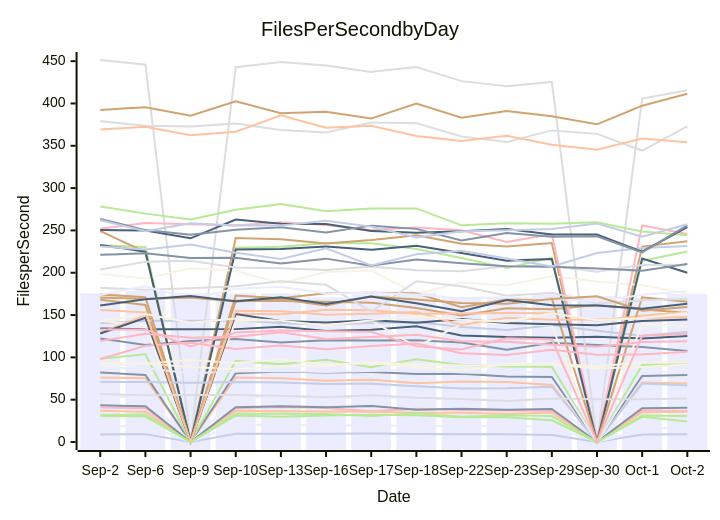
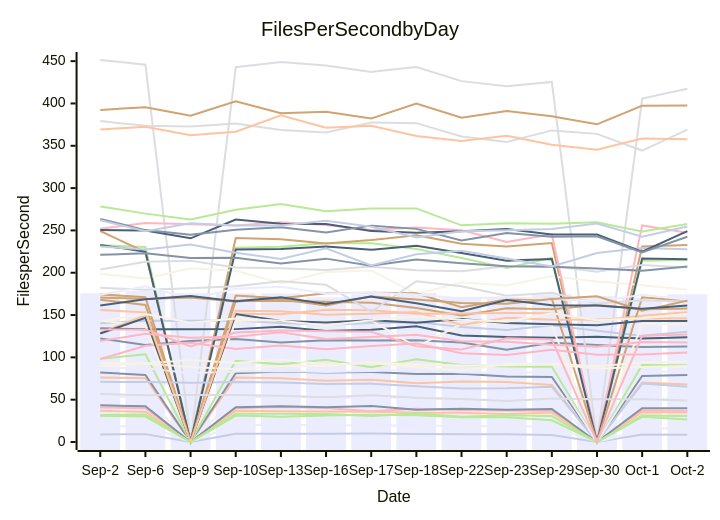
The diagram in perf-report.md (streetsidesoftware/cspell), drawn with Mermaid before and after one commit. The commit also changed other lines of this file and 1 other file, not shown here.

````diff
--- a/perf-report.md
+++ b/perf-report.md
@@ -10,56 +10,56 @@
 ```mermaid
 xychart-beta
     title Files Per Second by Day
     y-axis Files per Second
     x-axis Date [Sep-2, Sep-6, Sep-9, Sep-10, Sep-13, Sep-16, Sep-17, Sep-18, Sep-22, Sep-23, Sep-29, Sep-30, Oct-1, Oct-2]
-    bar [175.68, 178.38, 175.73, 175.70, 175.56, 170.99, 174.42, 176.15, 171.49, 170.60, 174.68, 172.58, 170.62, 174.93]
-    line [122.42, 114.54, 119.33, 121.78, 117.69, 120.09, 120.05, 120.31, 117.43, 109.01, 117.33, 114.51, 112.29, 107.43]
-    line [76.26, 75.33, 0.00, 76.18, 75.30, 72.34, 73.59, 69.54, 71.59, 70.97, 67.35, 0.00, 70.29, 69.01]
-    line [451.36, 445.82, 0.00, 442.79, 448.98, 444.77, 437.29, 443.15, 426.39, 420.42, 425.42, 0.00, 405.76, 415.62]
-    line [232.38, 230.54, 0.00, 229.61, 230.62, 234.72, 234.92, 228.04, 217.32, 205.66, 217.69, 0.00, 214.10, 225.06]
-    line [249.29, 224.39, 0.00, 241.04, 239.64, 234.60, 238.64, 244.36, 234.31, 230.98, 235.16, 0.00, 230.90, 237.22]
-    line [8.92, 9.30, 0.00, 9.85, 9.67, 9.68, 9.92, 9.37, 9.23, 9.26, 8.29, 0.00, 8.90, 9.23]
-    line [40.72, 39.85, 0.00, 39.94, 41.26, 40.08, 36.34, 39.18, 37.74, 37.18, 36.89, 0.00, 37.27, 36.71]
-    line [134.10, 133.16, 133.12, 133.37, 136.08, 131.30, 132.64, 136.81, 125.88, 123.97, 123.26, 124.35, 122.36, 125.28]
-    line [198.37, 193.18, 205.21, 202.42, 187.59, 200.94, 202.64, 174.86, 188.42, 184.98, 195.97, 189.74, 185.35, 175.18]
-    line [17.23, 19.98, 0.00, 20.38, 20.10, 19.75, 19.58, 19.44, 18.99, 18.71, 18.44, 0.00, 13.99, 18.50]
-    line [82.19, 79.19, 0.00, 81.30, 83.34, 82.19, 82.78, 80.29, 80.65, 77.47, 76.93, 0.00, 78.07, 79.19]
-    line [36.83, 35.85, 0.00, 37.06, 36.42, 35.98, 35.70, 34.54, 34.55, 33.11, 34.81, 0.00, 35.17, 35.71]
-    line [379.20, 373.63, 372.65, 376.36, 368.52, 365.71, 377.56, 376.77, 361.09, 354.59, 368.19, 364.07, 344.36, 372.99]
-    line [98.44, 103.61, 0.00, 95.82, 91.96, 97.25, 88.47, 97.89, 91.06, 89.08, 89.06, 0.00, 90.96, 92.23]
-    line [168.11, 162.00, 0.00, 166.81, 166.56, 165.69, 164.68, 158.25, 149.51, 158.09, 156.96, 161.98, 156.93, 152.53]
-    line [140.40, 143.33, 143.38, 143.55, 140.59, 138.57, 140.62, 141.72, 135.93, 132.42, 137.90, 131.39, 125.40, 129.98]
-    line [251.96, 258.89, 257.30, 255.86, 259.52, 256.30, 250.62, 253.31, 250.10, 236.21, 245.48, 0.00, 255.93, 245.69]
-    line [232.84, 224.81, 0.00, 227.34, 228.09, 230.87, 227.16, 231.88, 223.22, 214.31, 216.24, 0.00, 216.91, 200.06]
-    line [143.31, 137.86, 0.00, 143.10, 144.41, 139.70, 143.74, 112.39, 139.33, 141.10, 137.72, 0.00, 139.61, 136.16]
-    line [53.54, 52.52, 0.00, 52.32, 54.12, 51.77, 53.09, 51.40, 50.85, 49.44, 50.07, 0.00, 50.63, 51.55]
-    line [43.29, 42.33, 0.00, 41.15, 42.24, 41.01, 42.53, 38.05, 39.43, 38.14, 38.94, 0.00, 39.96, 40.46]
-    line [128.81, 149.88, 0.00, 151.49, 151.06, 156.36, 155.63, 151.63, 151.94, 152.50, 152.06, 143.32, 149.19, 153.66]
-    line [203.78, 213.00, 214.26, 206.28, 205.22, 203.09, 207.23, 202.88, 201.82, 207.79, 207.90, 201.29, 209.19, 209.41]
-    line [278.30, 269.85, 262.88, 274.40, 281.31, 272.54, 275.91, 275.97, 256.03, 258.54, 258.01, 259.58, 248.67, 244.23]
-    line [174.42, 171.06, 0.00, 173.10, 169.76, 175.73, 176.36, 175.75, 159.14, 168.41, 169.31, 0.00, 170.99, 165.77]
-    line [71.07, 70.80, 70.10, 70.83, 70.27, 68.51, 69.01, 65.91, 63.15, 63.41, 65.35, 0.00, 69.02, 66.70]
-    line [98.03, 113.59, 117.23, 110.00, 114.04, 109.51, 113.51, 116.46, 104.81, 102.79, 108.89, 103.13, 103.52, 106.73]
-    line [128.16, 146.70, 0.00, 151.25, 142.95, 141.14, 143.95, 140.92, 145.29, 140.59, 139.11, 138.01, 142.88, 144.64]
-    line [93.42, 92.85, 96.99, 93.46, 97.52, 91.70, 93.14, 88.50, 84.12, 92.41, 91.76, 86.84, 88.64, 91.46]
-    line [87.46, 87.14, 81.35, 83.34, 83.78, 82.79, 83.96, 85.57, 82.01, 81.81, 82.67, 0.00, 83.49, 82.32]
-    line [221.13, 223.08, 217.30, 217.60, 210.80, 216.66, 208.33, 215.69, 211.15, 207.60, 206.93, 205.06, 202.44, 210.44]
-    line [369.19, 372.46, 362.58, 366.57, 385.92, 371.23, 373.66, 361.57, 355.78, 361.81, 351.17, 345.43, 358.65, 354.15]
-    line [182.17, 179.93, 181.55, 184.12, 189.95, 185.74, 153.97, 189.99, 184.11, 172.95, 176.46, 163.78, 167.39, 168.84]
-    line [31.96, 32.39, 0.00, 33.27, 33.48, 33.18, 30.65, 34.02, 29.87, 31.63, 30.68, 0.00, 31.32, 30.61]
-    line [392.41, 395.48, 385.49, 402.68, 388.38, 390.24, 382.26, 399.81, 383.04, 391.20, 384.82, 375.34, 397.41, 411.57]
-    line [230.93, 227.50, 233.38, 223.69, 216.25, 228.77, 208.66, 221.89, 226.09, 216.90, 207.46, 223.39, 229.16, 231.48]
-    line [119.32, 127.89, 123.29, 124.49, 129.64, 121.66, 124.08, 126.72, 119.08, 118.45, 114.87, 112.49, 118.05, 119.16]
-    line [250.46, 249.77, 240.66, 262.89, 257.78, 257.49, 249.43, 247.25, 248.88, 251.75, 245.20, 245.06, 224.85, 253.94]
-    line [89.68, 92.88, 88.59, 86.05, 89.85, 89.86, 94.27, 91.54, 90.45, 90.71, 92.55, 89.39, 93.96, 94.21]
-    line [173.82, 183.91, 169.15, 181.18, 183.51, 175.60, 176.44, 174.39, 169.65, 170.91, 168.95, 166.28, 173.86, 178.16]
-    line [263.57, 250.38, 244.75, 250.69, 253.77, 247.48, 255.65, 251.83, 237.98, 246.89, 242.54, 243.09, 224.03, 255.95]
-    line [155.92, 153.19, 0.00, 155.03, 154.46, 150.27, 151.44, 153.53, 138.23, 146.78, 144.54, 144.66, 146.29, 147.71]
-    line [56.79, 55.22, 55.40, 55.63, 54.54, 52.86, 55.21, 52.35, 50.94, 48.45, 51.30, 50.59, 50.58, 51.36]
-    line [30.96, 30.04, 0.00, 31.22, 29.93, 31.17, 32.23, 31.60, 29.23, 29.18, 25.62, 0.00, 29.72, 24.12]
-    line [170.71, 168.98, 170.63, 166.15, 168.68, 161.23, 172.09, 168.48, 164.20, 163.31, 169.03, 172.29, 155.24, 159.63]
-    line [262.12, 249.11, 258.37, 255.88, 255.75, 261.30, 254.48, 241.79, 249.14, 250.28, 251.57, 258.18, 242.58, 257.32]
-    line [133.06, 133.03, 112.77, 129.44, 131.63, 130.97, 130.22, 113.06, 109.25, 122.56, 121.09, 0.00, 125.59, 127.73]
-    line [161.33, 168.54, 172.61, 166.17, 170.88, 163.08, 171.82, 163.97, 154.58, 167.67, 161.60, 161.14, 157.44, 163.22]
-    line [143.06, 151.08, 140.90, 145.94, 143.19, 137.67, 143.95, 148.30, 144.49, 142.14, 152.04, 143.84, 146.29, 152.54]
+    bar [175.68, 178.38, 175.73, 175.70, 175.56, 170.99, 174.42, 176.15, 171.49, 170.60, 174.68, 172.58, 170.62, 174.53]
+    line [122.42, 114.54, 119.33, 121.78, 117.69, 120.09, 120.05, 120.31, 117.43, 109.01, 117.33, 114.51, 112.29, 112.90]
+    line [76.26, 75.33, 0.00, 76.18, 75.30, 72.34, 73.59, 69.54, 71.59, 70.97, 67.35, 0.00, 70.29, 67.91]
+    line [451.36, 445.82, 0.00, 442.79, 448.98, 444.77, 437.29, 443.15, 426.39, 420.42, 425.42, 0.00, 405.76, 417.48]
+    line [232.38, 230.54, 0.00, 229.61, 230.62, 234.72, 234.92, 228.04, 217.32, 205.66, 217.69, 0.00, 214.10, 215.02]
+    line [249.29, 224.39, 0.00, 241.04, 239.64, 234.60, 238.64, 244.36, 234.31, 230.98, 235.16, 0.00, 230.90, 232.67]
+    line [8.92, 9.30, 0.00, 9.85, 9.67, 9.68, 9.92, 9.37, 9.23, 9.26, 8.29, 0.00, 8.90, 8.49]
+    line [40.72, 39.85, 0.00, 39.94, 41.26, 40.08, 36.34, 39.18, 37.74, 37.18, 36.89, 0.00, 37.27, 36.63]
+    line [134.10, 133.16, 133.12, 133.37, 136.08, 131.30, 132.64, 136.81, 125.88, 123.97, 123.26, 124.35, 122.36, 123.71]
+    line [198.37, 193.18, 205.21, 202.42, 187.59, 200.94, 202.64, 174.86, 188.42, 184.98, 195.97, 189.74, 185.35, 179.93]
+    line [17.23, 19.98, 0.00, 20.38, 20.10, 19.75, 19.58, 19.44, 18.99, 18.71, 18.44, 0.00, 13.99, 18.53]
+    line [82.19, 79.19, 0.00, 81.30, 83.34, 82.19, 82.78, 80.29, 80.65, 77.47, 76.93, 0.00, 78.07, 79.26]
+    line [36.83, 35.85, 0.00, 37.06, 36.42, 35.98, 35.70, 34.54, 34.55, 33.11, 34.81, 0.00, 35.17, 34.90]
+    line [379.20, 373.63, 372.65, 376.36, 368.52, 365.71, 377.56, 376.77, 361.09, 354.59, 368.19, 364.07, 344.36, 368.99]
+    line [98.44, 103.61, 0.00, 95.82, 91.96, 97.25, 88.47, 97.89, 91.06, 89.08, 89.06, 0.00, 90.96, 90.67]
+    line [168.11, 162.00, 0.00, 166.81, 166.56, 165.69, 164.68, 158.25, 149.51, 158.09, 156.96, 161.98, 156.93, 157.88]
+    line [140.40, 143.33, 143.38, 143.55, 140.59, 138.57, 140.62, 141.72, 135.93, 132.42, 137.90, 131.39, 125.40, 130.25]
+    line [251.96, 258.89, 257.30, 255.86, 259.52, 256.30, 250.62, 253.31, 250.10, 236.21, 245.48, 0.00, 255.93, 247.34]
+    line [232.84, 224.81, 0.00, 227.34, 228.09, 230.87, 227.16, 231.88, 223.22, 214.31, 216.24, 0.00, 216.91, 215.81]
+    line [143.31, 137.86, 0.00, 143.10, 144.41, 139.70, 143.74, 112.39, 139.33, 141.10, 137.72, 0.00, 139.61, 138.78]
+    line [53.54, 52.52, 0.00, 52.32, 54.12, 51.77, 53.09, 51.40, 50.85, 49.44, 50.07, 0.00, 50.63, 51.73]
+    line [43.29, 42.33, 0.00, 41.15, 42.24, 41.01, 42.53, 38.05, 39.43, 38.14, 38.94, 0.00, 39.96, 39.82]
+    line [128.81, 149.88, 0.00, 151.49, 151.06, 156.36, 155.63, 151.63, 151.94, 152.50, 152.06, 143.32, 149.19, 153.42]
+    line [203.78, 213.00, 214.26, 206.28, 205.22, 203.09, 207.23, 202.88, 201.82, 207.79, 207.90, 201.29, 209.19, 206.08]
+    line [278.30, 269.85, 262.88, 274.40, 281.31, 272.54, 275.91, 275.97, 256.03, 258.54, 258.01, 259.58, 248.67, 257.55]
+    line [174.42, 171.06, 0.00, 173.10, 169.76, 175.73, 176.36, 175.75, 159.14, 168.41, 169.31, 0.00, 170.99, 166.73]
+    line [71.07, 70.80, 70.10, 70.83, 70.27, 68.51, 69.01, 65.91, 63.15, 63.41, 65.35, 0.00, 69.02, 65.36]
+    line [98.03, 113.59, 117.23, 110.00, 114.04, 109.51, 113.51, 116.46, 104.81, 102.79, 108.89, 103.13, 103.52, 105.83]
+    line [128.16, 146.70, 0.00, 151.25, 142.95, 141.14, 143.95, 140.92, 145.29, 140.59, 139.11, 138.01, 142.88, 143.10]
+    line [93.42, 92.85, 96.99, 93.46, 97.52, 91.70, 93.14, 88.50, 84.12, 92.41, 91.76, 86.84, 88.64, 89.86]
+    line [87.46, 87.14, 81.35, 83.34, 83.78, 82.79, 83.96, 85.57, 82.01, 81.81, 82.67, 0.00, 83.49, 82.70]
+    line [221.13, 223.08, 217.30, 217.60, 210.80, 216.66, 208.33, 215.69, 211.15, 207.60, 206.93, 205.06, 202.44, 207.32]
+    line [369.19, 372.46, 362.58, 366.57, 385.92, 371.23, 373.66, 361.57, 355.78, 361.81, 351.17, 345.43, 358.65, 357.73]
+    line [182.17, 179.93, 181.55, 184.12, 189.95, 185.74, 153.97, 189.99, 184.11, 172.95, 176.46, 163.78, 167.39, 165.95]
+    line [31.96, 32.39, 0.00, 33.27, 33.48, 33.18, 30.65, 34.02, 29.87, 31.63, 30.68, 0.00, 31.32, 30.83]
+    line [392.41, 395.48, 385.49, 402.68, 388.38, 390.24, 382.26, 399.81, 383.04, 391.20, 384.82, 375.34, 397.41, 397.52]
+    line [230.93, 227.50, 233.38, 223.69, 216.25, 228.77, 208.66, 221.89, 226.09, 216.90, 207.46, 223.39, 229.16, 227.81]
+    line [119.32, 127.89, 123.29, 124.49, 129.64, 121.66, 124.08, 126.72, 119.08, 118.45, 114.87, 112.49, 118.05, 117.67]
+    line [250.46, 249.77, 240.66, 262.89, 257.78, 257.49, 249.43, 247.25, 248.88, 251.75, 245.20, 245.06, 224.85, 249.24]
+    line [89.68, 92.88, 88.59, 86.05, 89.85, 89.86, 94.27, 91.54, 90.45, 90.71, 92.55, 89.39, 93.96, 94.73]
+    line [173.82, 183.91, 169.15, 181.18, 183.51, 175.60, 176.44, 174.39, 169.65, 170.91, 168.95, 166.28, 173.86, 168.00]
+    line [263.57, 250.38, 244.75, 250.69, 253.77, 247.48, 255.65, 251.83, 237.98, 246.89, 242.54, 243.09, 224.03, 242.54]
+    line [155.92, 153.19, 0.00, 155.03, 154.46, 150.27, 151.44, 153.53, 138.23, 146.78, 144.54, 144.66, 146.29, 145.95]
+    line [56.79, 55.22, 55.40, 55.63, 54.54, 52.86, 55.21, 52.35, 50.94, 48.45, 51.30, 50.59, 50.58, 49.16]
+    line [30.96, 30.04, 0.00, 31.22, 29.93, 31.17, 32.23, 31.60, 29.23, 29.18, 25.62, 0.00, 29.72, 26.57]
+    line [170.71, 168.98, 170.63, 166.15, 168.68, 161.23, 172.09, 168.48, 164.20, 163.31, 169.03, 172.29, 155.24, 167.03]
+    line [262.12, 249.11, 258.37, 255.88, 255.75, 261.30, 254.48, 241.79, 249.14, 250.28, 251.57, 258.18, 242.58, 254.60]
+    line [133.06, 133.03, 112.77, 129.44, 131.63, 130.97, 130.22, 113.06, 109.25, 122.56, 121.09, 0.00, 125.59, 126.93]
+    line [161.33, 168.54, 172.61, 166.17, 170.88, 163.08, 171.82, 163.97, 154.58, 167.67, 161.60, 161.14, 157.44, 161.30]
+    line [143.06, 151.08, 140.90, 145.94, 143.19, 137.67, 143.95, 148.30, 144.49, 142.14, 152.04, 143.84, 146.29, 151.13]
 ```
````
